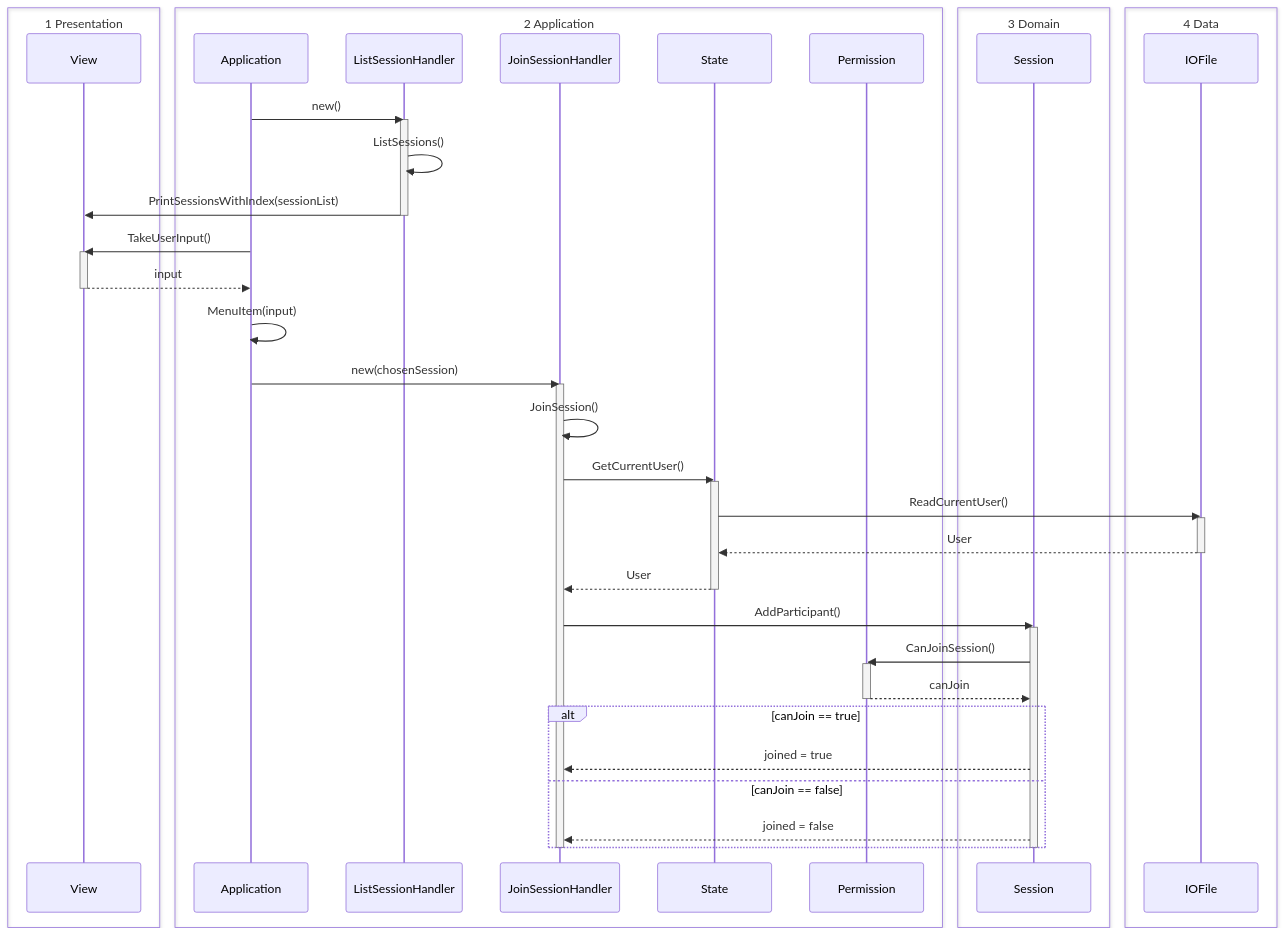
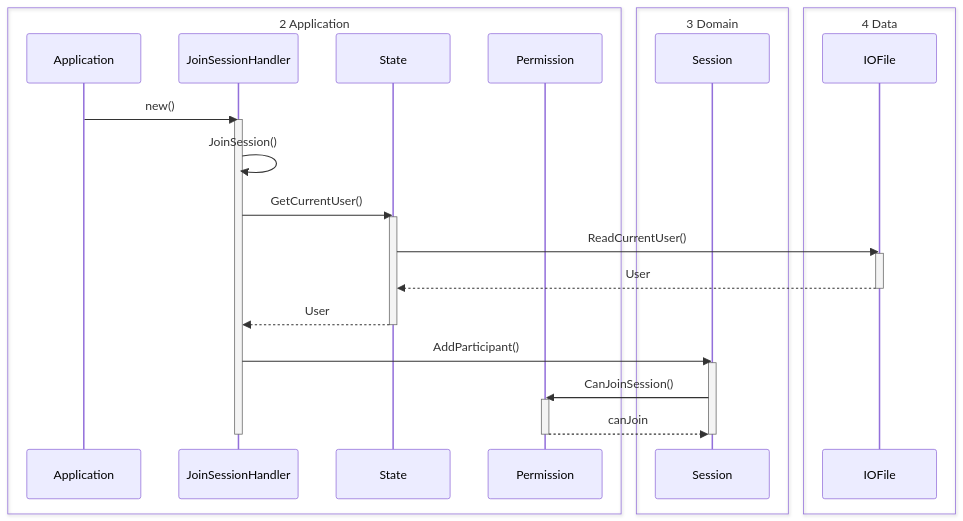
The first of 2 diagrams in 02 notes/Udkast til opdaterede sekvensdiagrammer usecase 3.md (MatiasHeiberg/1.semesterprojekt), drawn with Mermaid before and after one commit. The commit also changed other lines of this file and 4 other files, not shown here.

````diff
--- a/02 notes/Udkast til opdaterede sekvensdiagrammer usecase 3.md
+++ b/02 notes/Udkast til opdaterede sekvensdiagrammer usecase 3.md
@@ -1,69 +1,44 @@
 ```mermaid
 sequenceDiagram
 
-box 1 Presentation
-    participant View
-end
 box 2 Application
     participant Application
-    participant ListSessionHandler 
     participant JoinSessionHandler 
     participant State
     participant Permission
 end
 box 3 Domain
     participant Session
 end
 box 4 Data
     participant IOFile
 end
 
-%% Hovedmenu: vis sessionsliste
-Application->>ListSessionHandler: new()
-activate ListSessionHandler
-ListSessionHandler->>ListSessionHandler: ListSessions()
-ListSessionHandler->>View: PrintSessionsWithIndex(sessionList)
-deactivate ListSessionHandler
-
-%% Bruger vælger et sessionsnummer
-Application->>View: TakeUserInput()
-activate View
-View-->>Application: input
-deactivate View
-
-Application->>Application: MenuItem(input)
-
 %% Opret handler til tilmelding
-Application->>JoinSessionHandler: new(chosenSession)
+Application->>JoinSessionHandler: new()
 activate JoinSessionHandler
 JoinSessionHandler->>JoinSessionHandler: JoinSession()
 
 %% Hent nuværende bruger (via State/IOFile)
 JoinSessionHandler->>State: GetCurrentUser()
 activate State
 State->>IOFile: ReadCurrentUser()
 activate IOFile
 IOFile-->>State: User
 deactivate IOFile
 State-->>JoinSessionHandler: User
 deactivate State
 
 %% Forsøg at tilføje bruger til Session
 JoinSessionHandler->>Session: AddParticipant()
 activate Session
 
 Session->>Permission: CanJoinSession()
 activate Permission
 Permission-->>Session: canJoin
 deactivate Permission
-
-alt canJoin == true
-    Session-->>JoinSessionHandler: joined = true
-else canJoin == false
-    Session-->>JoinSessionHandler: joined = false
-end
 deactivate Session
 
 deactivate JoinSessionHandler
 
 ```
````
